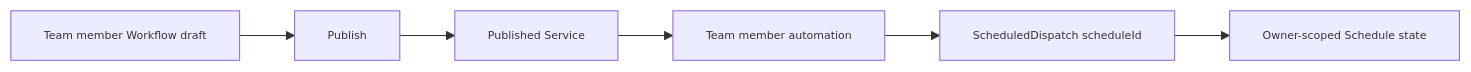
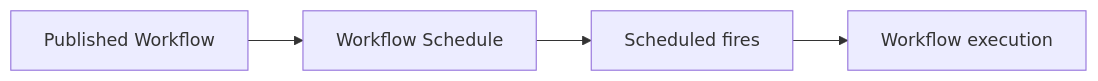
One commit to aevatarAI/aevatar changed the diagram in apps/aevatar-console-web/docs/superpowers/specs/2026-08-11-workflow-schedule-design.md. Above: the diagram before and after it, drawn with Mermaid. The commit also changed other lines of this file and 14 other files, not shown here.

Commit message:
Align Schedule design with workflow API

````diff
--- a/apps/aevatar-console-web/docs/superpowers/specs/2026-08-11-workflow-schedule-design.md
+++ b/apps/aevatar-console-web/docs/superpowers/specs/2026-08-11-workflow-schedule-design.md
@@ -41,9 +17,6 @@
 ```mermaid
-%%{init: {"maxTextSize": 100000, "flowchart": {"useMaxWidth": false, "nodeSpacing": 10, "rankSpacing": 50}, "themeVariables": {"fontSize": "10px"}}}%%
 flowchart LR
-    D["Team member Workflow draft"] --> P["Publish"]
-    P --> S["Published Service"]
-    S --> T["Team member automation"]
-    T --> Q["ScheduledDispatch scheduleId"]
-    Q --> R["Owner-scoped Schedule state"]
+    W["Published Workflow"] --> S["Workflow Schedule"]
+    S --> F["Scheduled fires"]
+    F --> R["Workflow execution"]
 ```
````
